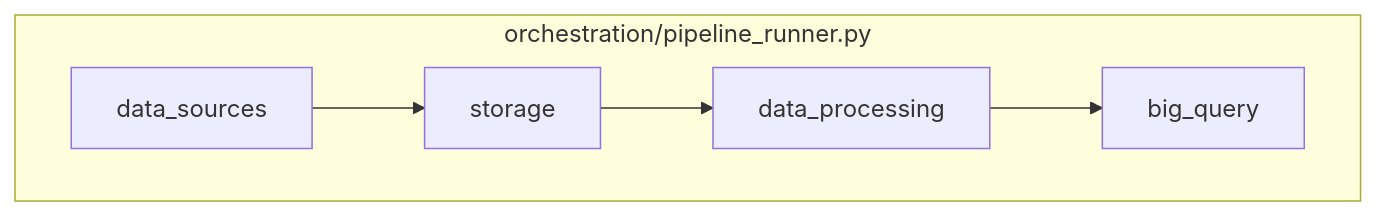
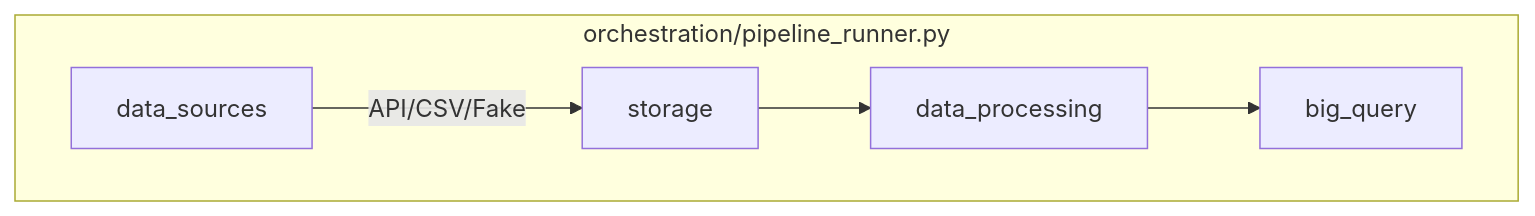
One commit to kajinmo/lightweight-etl-pipeline-to-gcp changed the diagram in README.md. Above: the diagram before and after it, drawn with Mermaid. The commit also changed other lines of this file and 1 other file, not shown here.

````diff
--- a/README.md
+++ b/README.md
@@ -51,9 +75,9 @@
 ```mermaid
 graph LR
     subgraph orchestration/pipeline_runner.py
     direction LR
-    data_sources --> storage
+    data_sources --> |API/CSV/Fake| storage
     storage --> data_processing
     data_processing --> big_query
     end
 ```
````
